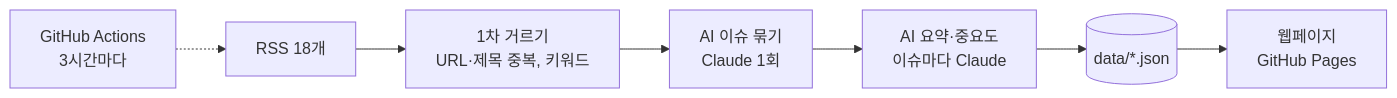
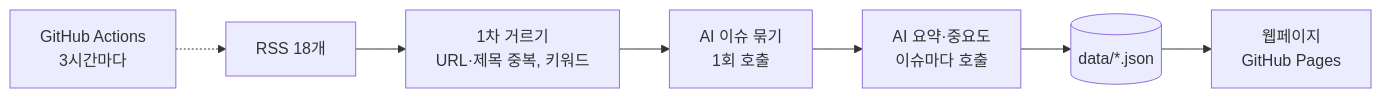
The diagram in README.md (smyz1203/semicon-news-agent), drawn with Mermaid before and after one commit. The commit also changed other lines of this file and 12 other files, not shown here.

````diff
--- a/README.md
+++ b/README.md
@@ -24,9 +24,9 @@
 ```mermaid
 flowchart LR
     A[RSS 18개] --> B[1차 거르기<br/>URL·제목 중복, 키워드]
-    B --> C[AI 이슈 묶기<br/>Claude 1회]
-    C --> D[AI 요약·중요도<br/>이슈마다 Claude]
+    B --> C[AI 이슈 묶기<br/>1회 호출]
+    C --> D[AI 요약·중요도<br/>이슈마다 호출]
     D --> E[(data/*.json)]
     E --> F[웹페이지<br/>GitHub Pages]
     G[GitHub Actions<br/>3시간마다] -.-> A
 ```
````
